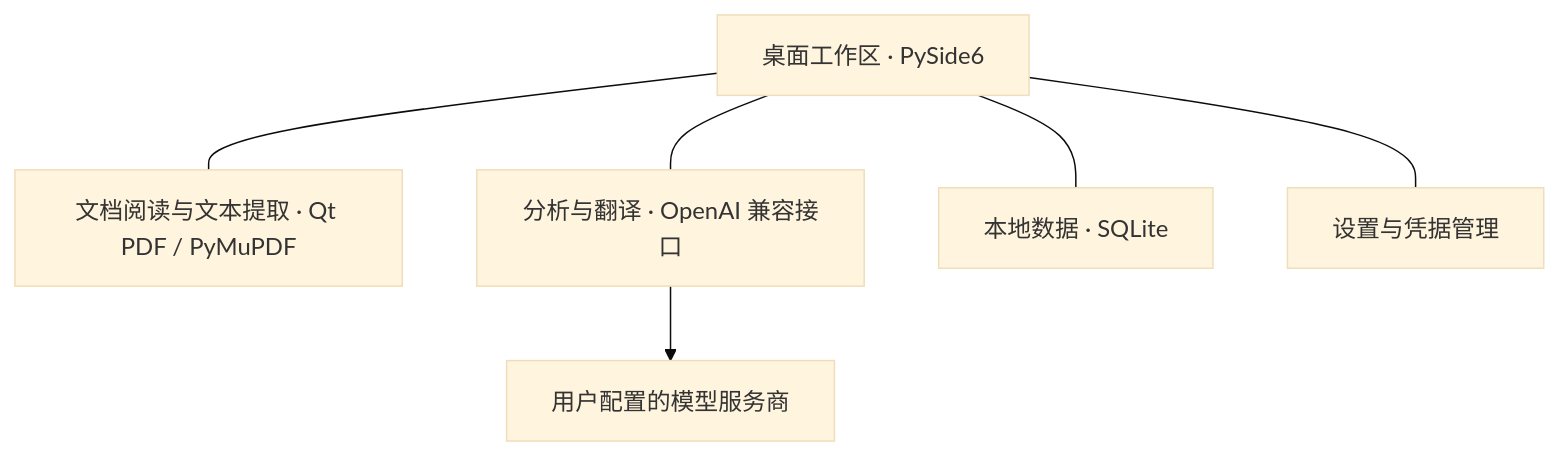
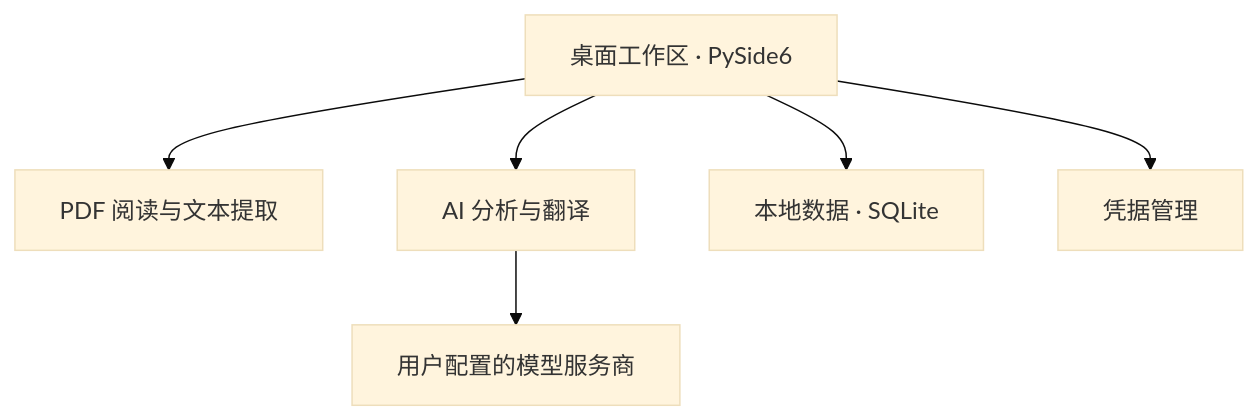
Before and after one commit to Saclf/researchos-product-case-study: the diagram in docs/TECHNICAL_OVERVIEW.md, drawn with Mermaid (base theme). The commit also changed other lines of this file and 2 other files, not shown here.

````diff
--- a/docs/TECHNICAL_OVERVIEW.md
+++ b/docs/TECHNICAL_OVERVIEW.md
@@ -9,14 +7,15 @@
 ```mermaid
 flowchart TB
     UI[桌面工作区 · PySide6]
-    PDF[文档阅读与文本提取 · Qt PDF / PyMuPDF]
-    AI[分析与翻译 · OpenAI 兼容接口]
-    STORE[本地数据 · SQLite]
-    SETTINGS[设置与凭据管理]
-    PROVIDER[用户配置的模型服务商]
-    UI --- PDF
-    UI --- AI
-    UI --- STORE
-    UI --- SETTINGS
-    AI --> PROVIDER
+    PDF[PDF 阅读与文本提取]
+    AI[AI 分析与翻译]
+    DB[本地数据 · SQLite]
+    KEY[凭据管理]
+    API[用户配置的模型服务商]
+
+    UI --> PDF
+    UI --> AI
+    UI --> DB
+    UI --> KEY
+    AI --> API
 ```
````
